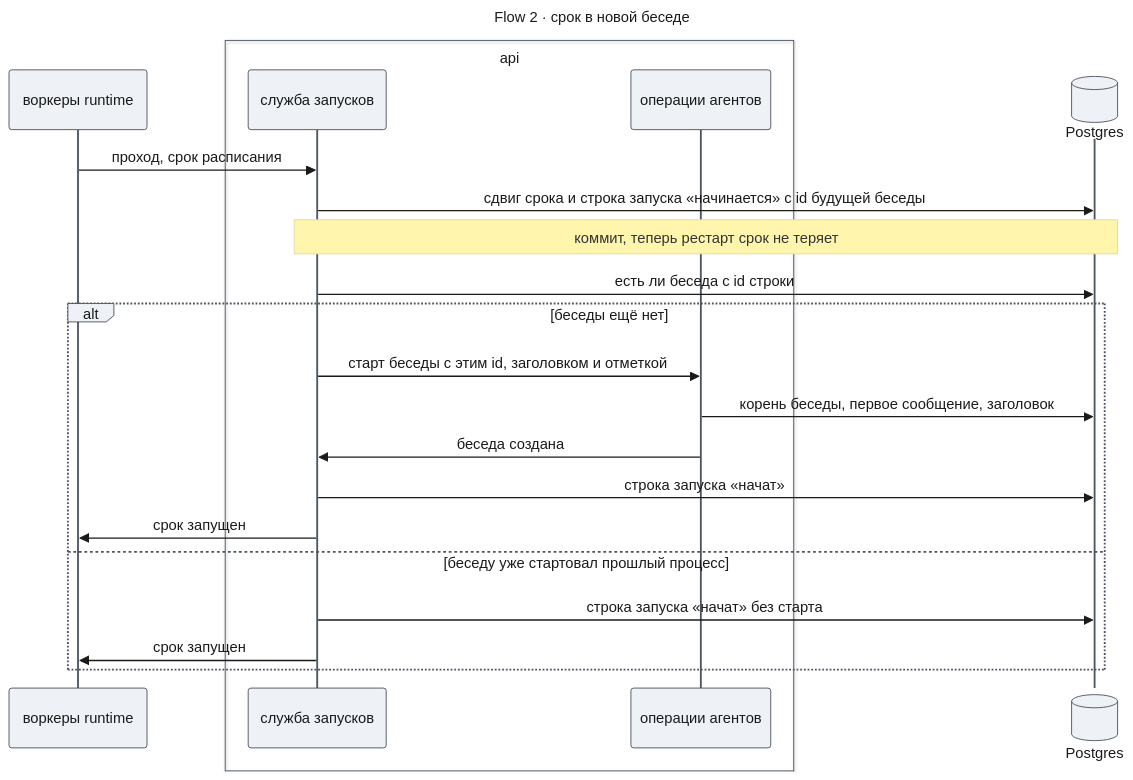
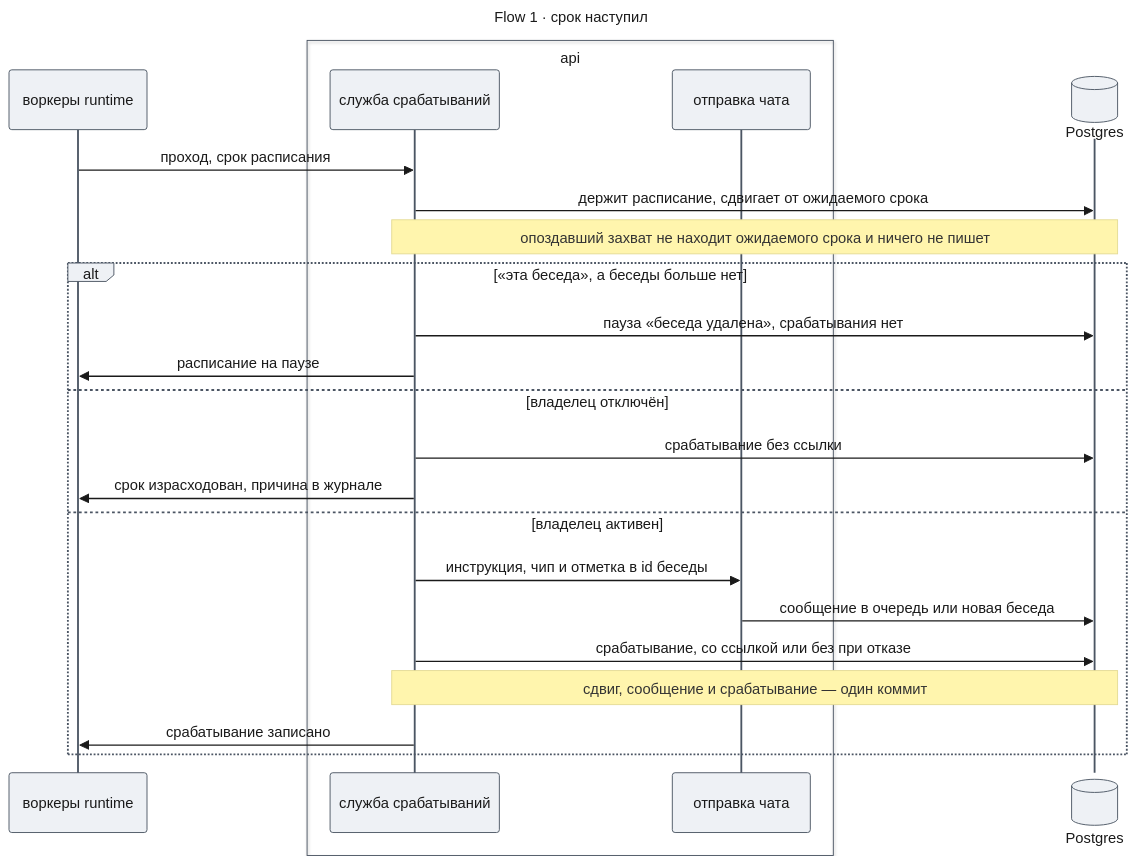
One commit to tundraray/agent-os changed the fifth of 7 diagrams in docs/features/schedules-search-memory/design-schedules.md. Above: the diagram before and after it, drawn with Mermaid. The commit also changed other lines of this file and 10 other files, not shown here.

````diff
--- a/docs/features/schedules-search-memory/design-schedules.md
+++ b/docs/features/schedules-search-memory/design-schedules.md
@@ -478,47 +424,49 @@
 ```mermaid
 ---
-title: "Flow 2 · срок в новой беседе"
+title: "Flow 1 · срок наступил"
 config:
   theme: base
   look: classic
   themeVariables:
     primaryColor: "#eef1f5"
     primaryBorderColor: "#4b5563"
     primaryTextColor: "#1a1a1a"
     lineColor: "#6b7280"
   themeCSS: |
-    @keyframes lit_fs2{0%,9%{stroke:#991b1b;stroke-width:6px}10%,100%{stroke:#37474f;stroke-width:2px}}
-    @keyframes litr_fs2{0%,9%{stroke:#1d4ed8;stroke-width:6px}10%,100%{stroke:#37474f;stroke-width:2px}}
-    .messageLine0[data-id='i0'],.messageLine1[data-id='i0']{animation:litr_fs2 12s linear 0s infinite}
-    .messageLine0[data-id='i1'],.messageLine1[data-id='i1']{animation:lit_fs2 12s linear 1.2s infinite}
-    .messageLine0[data-id='i3'],.messageLine1[data-id='i3']{animation:litr_fs2 12s linear 2.4s infinite}
-    .messageLine0[data-id='i5'],.messageLine1[data-id='i5']{animation:lit_fs2 12s linear 3.6s infinite}
-    .messageLine0[data-id='i6'],.messageLine1[data-id='i6']{animation:lit_fs2 12s linear 4.8s infinite}
-    .messageLine0[data-id='i7'],.messageLine1[data-id='i7']{animation:litr_fs2 12s linear 6s infinite}
-    .messageLine0[data-id='i8'],.messageLine1[data-id='i8']{animation:lit_fs2 12s linear 7.2s infinite}
-    .messageLine0[data-id='i9'],.messageLine1[data-id='i9']{animation:litr_fs2 12s linear 8.4s infinite}
-    .messageLine0[data-id='i11'],.messageLine1[data-id='i11']{animation:lit_fs2 12s linear 9.6s infinite}
-    .messageLine0[data-id='i12'],.messageLine1[data-id='i12']{animation:litr_fs2 12s linear 10.8s infinite}
+    @keyframes lit_fs1{0%,9%{stroke:#991b1b;stroke-width:6px}10%,100%{stroke:#37474f;stroke-width:2px}}
+    @keyframes litr_fs1{0%,9%{stroke:#1d4ed8;stroke-width:6px}10%,100%{stroke:#37474f;stroke-width:2px}}
+    .messageLine0[data-id='i0'],.messageLine1[data-id='i0']{animation:litr_fs1 12s linear 0s infinite}
+    .messageLine0[data-id='i1'],.messageLine1[data-id='i1']{animation:lit_fs1 12s linear 1.2s infinite}
+    .messageLine0[data-id='i4'],.messageLine1[data-id='i4']{animation:lit_fs1 12s linear 2.4s infinite}
+    .messageLine0[data-id='i5'],.messageLine1[data-id='i5']{animation:litr_fs1 12s linear 3.6s infinite}
+    .messageLine0[data-id='i7'],.messageLine1[data-id='i7']{animation:lit_fs1 12s linear 4.8s infinite}
+    .messageLine0[data-id='i8'],.messageLine1[data-id='i8']{animation:litr_fs1 12s linear 6s infinite}
+    .messageLine0[data-id='i10'],.messageLine1[data-id='i10']{animation:lit_fs1 12s linear 7.2s infinite}
+    .messageLine0[data-id='i11'],.messageLine1[data-id='i11']{animation:lit_fs1 12s linear 8.4s infinite}
+    .messageLine0[data-id='i12'],.messageLine1[data-id='i12']{animation:lit_fs1 12s linear 9.6s infinite}
+    .messageLine0[data-id='i14'],.messageLine1[data-id='i14']{animation:litr_fs1 12s linear 10.8s infinite}
 ---
 sequenceDiagram
     participant R as воркеры runtime
     box api
-        participant T as служба запусков
-        participant S as операции агентов
+        participant T as служба срабатываний
+        participant C as отправка чата
     end
     participant DB@{ "type": "database" } as Postgres
     R->>T: проход, срок расписания
-    T->>DB: сдвиг срока и строка запуска «начинается» с id будущей беседы
-    Note over T,DB: коммит, теперь рестарт срок не теряет
-    T->>DB: есть ли беседа с id строки
-    alt беседы ещё нет
-        T->>S: старт беседы с этим id, заголовком и отметкой
-        S->>DB: корень беседы, первое сообщение, заголовок
-        S->>T: беседа создана
-        T->>DB: строка запуска «начат»
-        T->>R: срок запущен
-    else беседу уже стартовал прошлый процесс
-        T->>DB: строка запуска «начат» без старта
-        T->>R: срок запущен
+    T->>DB: держит расписание, сдвигает от ожидаемого срока
+    Note over T,DB: опоздавший захват не находит ожидаемого срока и ничего не пишет
+    alt «эта беседа», а беседы больше нет
+        T->>DB: пауза «беседа удалена», срабатывания нет
+        T->>R: расписание на паузе
+    else владелец отключён
+        T->>DB: срабатывание без ссылки
+        T->>R: срок израсходован, причина в журнале
+    else владелец активен
+        T->>C: инструкция, чип и отметка в id беседы
+        C->>DB: сообщение в очередь или новая беседа
+        T->>DB: срабатывание, со ссылкой или без при отказе
+        Note over T,DB: сдвиг, сообщение и срабатывание — один коммит
+        T->>R: срабатывание записано
     end
 ```
````
